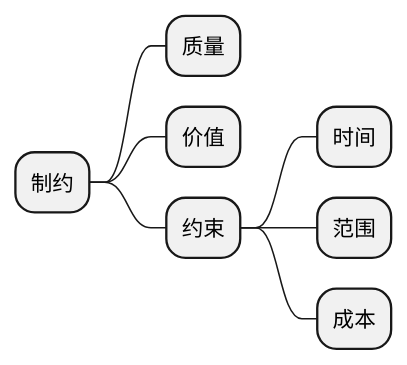
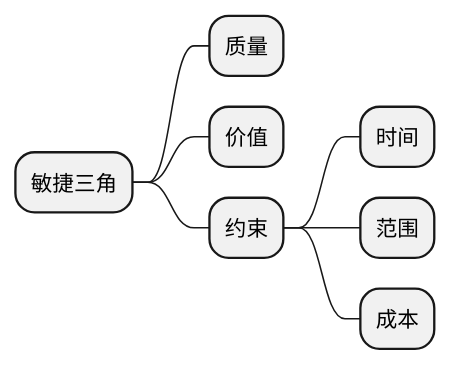
The first of 9 diagrams in content/insights/what_is_agile/index.zh-cn.raw.md (lem-org/lem-org.github.io), drawn with PlantUML before and after one commit. The commit also changed other lines of this file and 5 other files, not shown here.

````diff
--- a/content/insights/what_is_agile/index.zh-cn.raw.md
+++ b/content/insights/what_is_agile/index.zh-cn.raw.md
@@ -35,11 +37,11 @@
 ```plantuml
 @startmindmap
-* 制约
+* 敏捷三角
     * 质量
     * 价值
     * 约束
         * 时间
         * 范围
         * 成本
 @endmindmap
 ```
````
